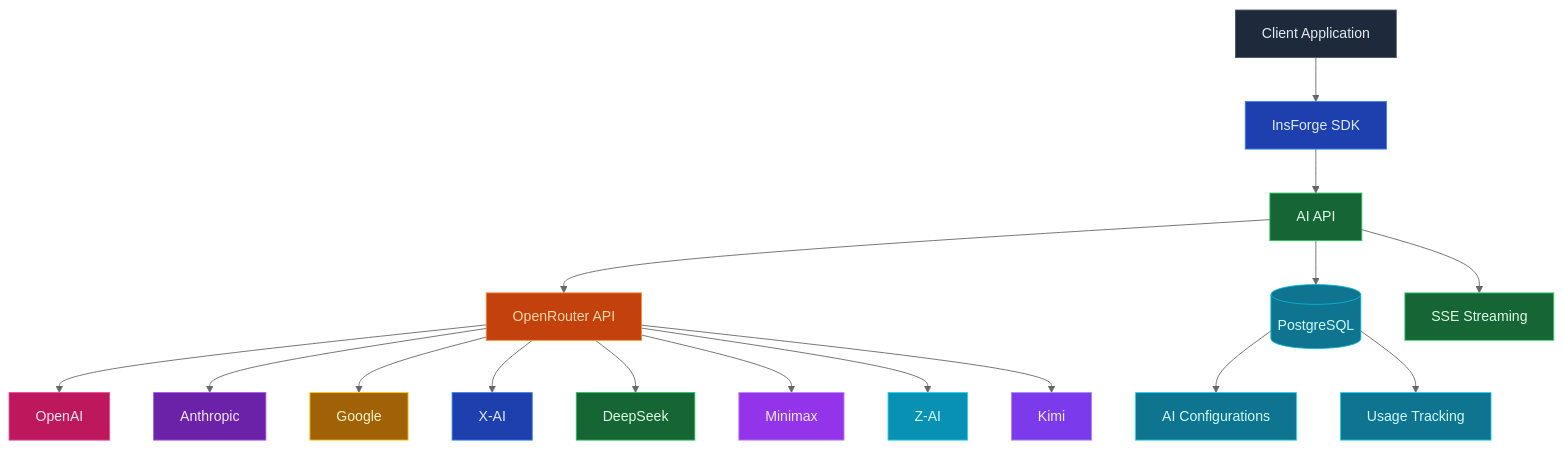
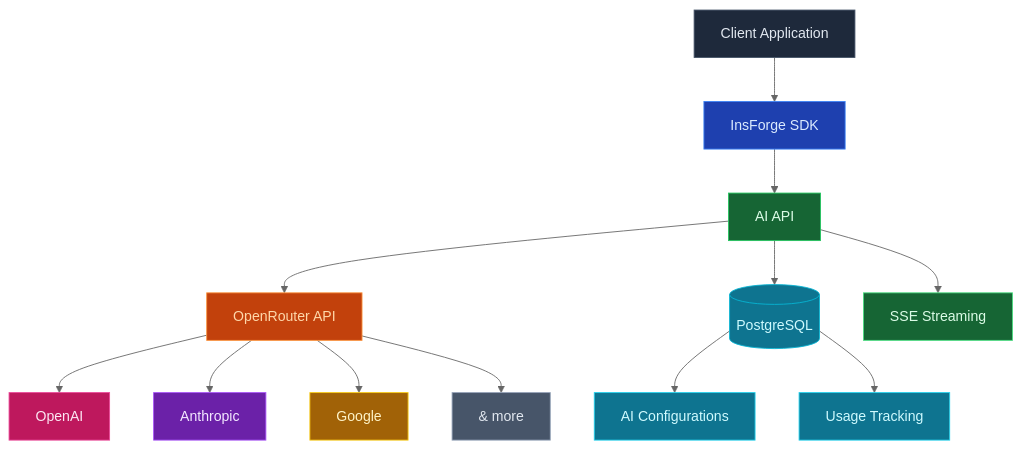
Before and after one commit to InsForge/InsForge: the first of 2 diagrams in docs/core-concepts/ai/architecture.mdx, drawn with Mermaid (neutral theme).

Commit message:
reduce model for better visiablity

````diff
--- a/docs/core-concepts/ai/architecture.mdx
+++ b/docs/core-concepts/ai/architecture.mdx
@@ -12,39 +12,31 @@
 ```mermaid
 graph TB
     Client[Client Application] --> SDK[InsForge SDK]
     SDK --> AIAPI[AI API]
 
     AIAPI --> OpenRouter[OpenRouter API]
     AIAPI --> DB[(PostgreSQL)]
 
     OpenRouter --> OpenAI[OpenAI]
     OpenRouter --> Anthropic[Anthropic]
     OpenRouter --> Google[Google]
-    OpenRouter --> XAI[X-AI]
-    OpenRouter --> DeepSeek[DeepSeek]
-    OpenRouter --> Minimax[Minimax]
-    OpenRouter --> ZAI[Z-AI]
-    OpenRouter --> Kimi[Kimi]
+    OpenRouter --> More[& more]
 
     DB --> Config[AI Configurations]
     DB --> Usage[Usage Tracking]
 
     AIAPI --> Stream[SSE Streaming]
 
     style Client fill:#1e293b,stroke:#475569,color:#e2e8f0
     style SDK fill:#1e40af,stroke:#3b82f6,color:#dbeafe
     style AIAPI fill:#166534,stroke:#22c55e,color:#dcfce7
     style OpenRouter fill:#c2410c,stroke:#fb923c,color:#fed7aa
     style DB fill:#0e7490,stroke:#06b6d4,color:#cffafe
     style OpenAI fill:#be185d,stroke:#ec4899,color:#fce7f3
     style Anthropic fill:#6b21a8,stroke:#a855f7,color:#f3e8ff
     style Google fill:#a16207,stroke:#facc15,color:#fef3c7
-    style XAI fill:#1e40af,stroke:#3b82f6,color:#dbeafe
-    style DeepSeek fill:#166534,stroke:#22c55e,color:#dcfce7
-    style Minimax fill:#9333ea,stroke:#c084fc,color:#f3e8ff
-    style ZAI fill:#0891b2,stroke:#22d3ee,color:#cffafe
-    style Kimi fill:#7c3aed,stroke:#a78bfa,color:#ede9fe
+    style More fill:#475569,stroke:#94a3b8,color:#e2e8f0
     style Config fill:#0e7490,stroke:#22d3ee,color:#cffafe
     style Usage fill:#0e7490,stroke:#22d3ee,color:#cffafe
     style Stream fill:#166534,stroke:#4ade80,color:#dcfce7
 ```
````
